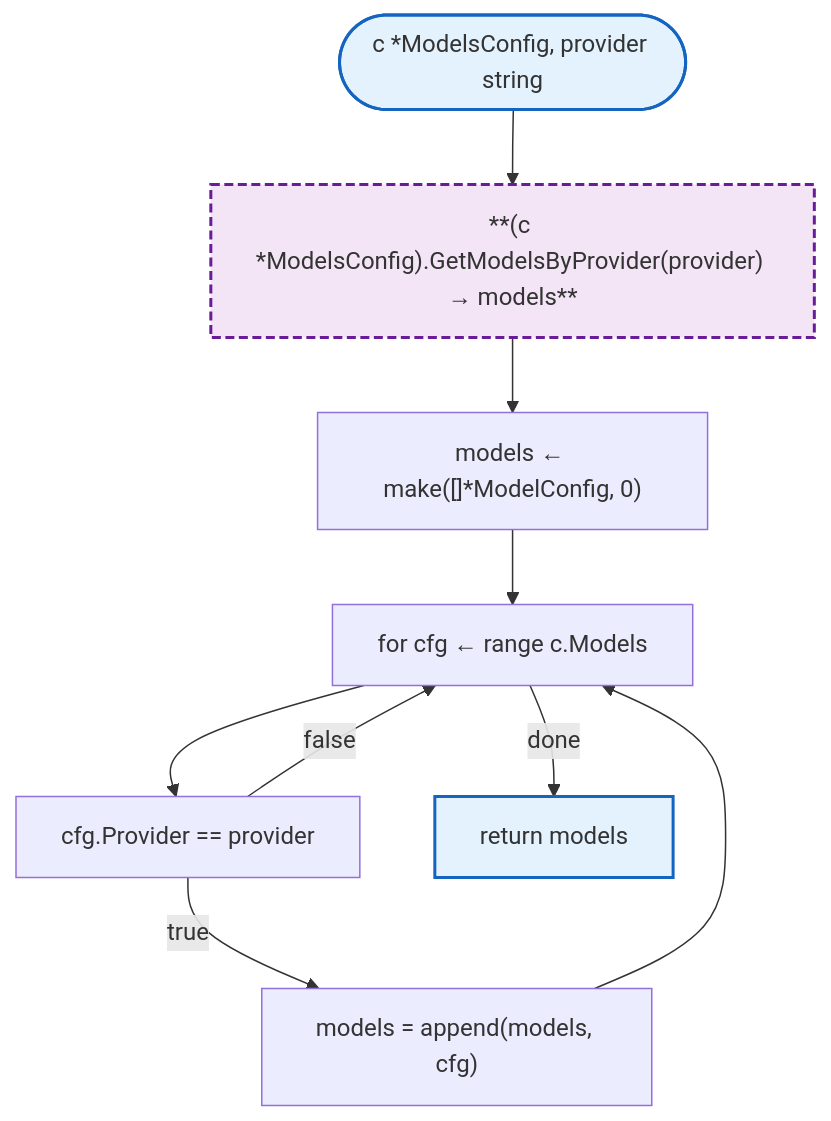
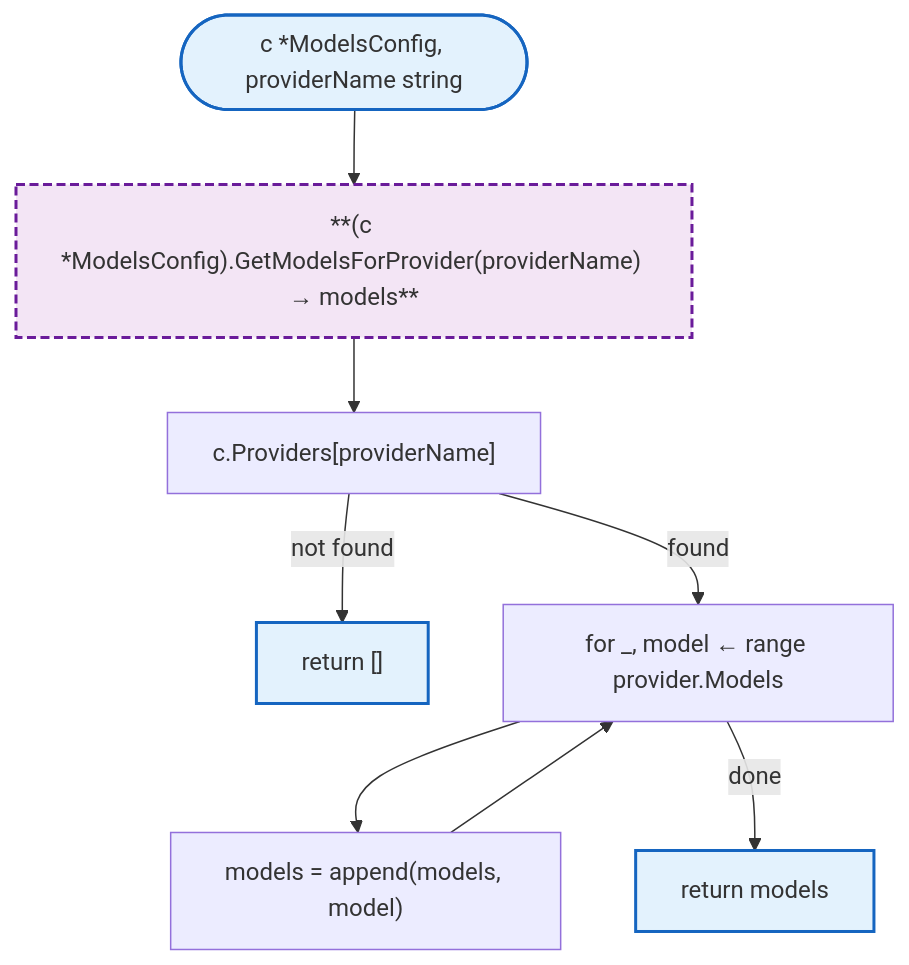
One commit to radch-ai/ava changed the fifth of 8 diagrams in docs/config/models.md. Above: the diagram before and after it, drawn with Mermaid. The commit also changed other lines of this file and 8 other files, not shown here.

````diff
--- a/docs/config/models.md
+++ b/docs/config/models.md
@@ -103,17 +135,16 @@
 ```mermaid
 flowchart TB
-    Start([c *ModelsConfig, provider string]) --> HGetByProvider["**(c *ModelsConfig).GetModelsByProvider(provider) → models**"]
-    HGetByProvider --> MakeModels["models ← make([]*ModelConfig, 0)"]
-    MakeModels --> Loop["for cfg ← range c.Models"]
-    Loop --> CheckProvider["cfg.Provider == provider"]
-    CheckProvider -->|true| Append["models = append(models, cfg)"]
+    Start([c *ModelsConfig, providerName string]) --> HGetForProvider["**(c *ModelsConfig).GetModelsForProvider(providerName) → models**"]
+    HGetForProvider --> Check["c.Providers[providerName]"]
+    Check -->|not found| ReturnEmpty["return []"]
+    Check -->|found| Loop["for _, model ← range provider.Models"]
+    Loop --> Append["models = append(models, model)"]
     Append --> Loop
-    CheckProvider -->|false| Loop
     Loop -->|done| Return["return models"]
 
     classDef mainFn fill:#e3f2fd,stroke:#1565c0,stroke-width:2px
     classDef internalFn fill:#f3e5f5,stroke:#6a1b9a,stroke-width:2px,stroke-dasharray:6 3
 
-    class Start,Return mainFn
-    class HGetByProvider internalFn
+    class Start,Return,ReturnEmpty mainFn
+    class HGetForProvider internalFn
 ```
````
